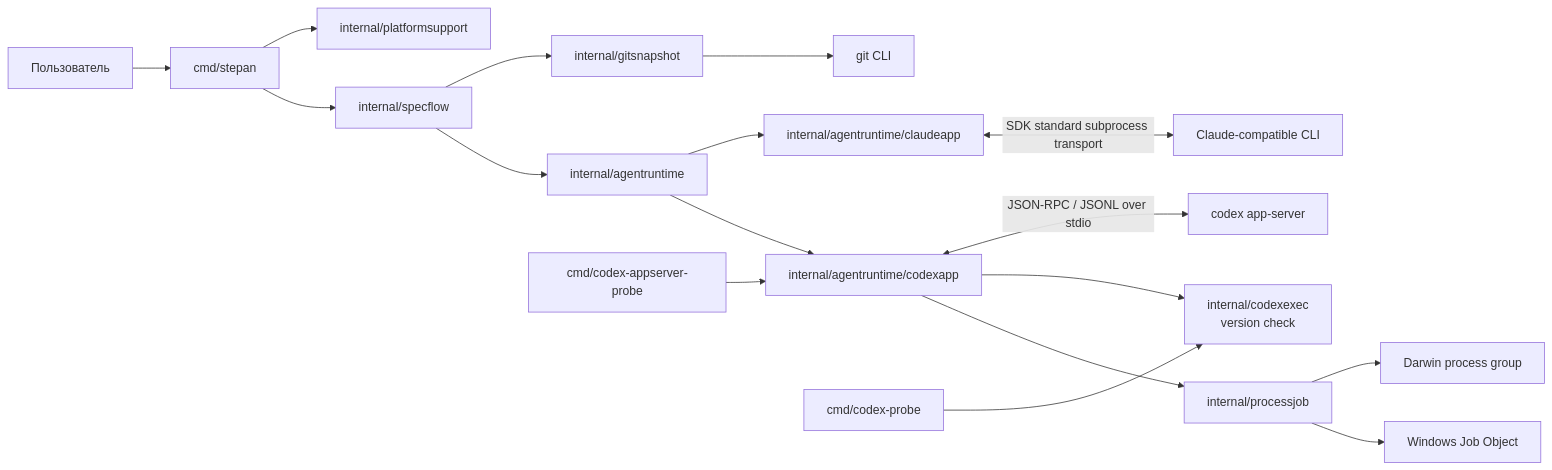
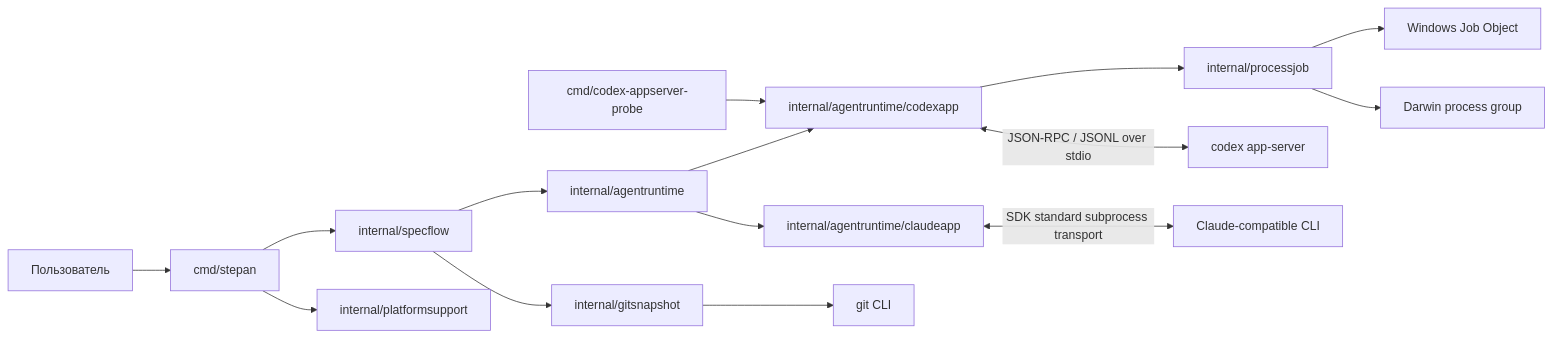
One commit to AndrMoiseev/stepan changed the first of 2 diagrams in docs/adr/0002-current-stack-and-architecture.md. Above: the diagram before and after it, drawn with Mermaid. The commit also changed other lines of this file and 30 other files, not shown here.

````diff
--- a/docs/adr/0002-current-stack-and-architecture.md
+++ b/docs/adr/0002-current-stack-and-architecture.md
@@ -43,20 +43,18 @@
 ```mermaid
 flowchart LR
     User[Пользователь] --> CLI[cmd/stepan]
     CLI --> Flow[internal/specflow]
     Flow --> Contract[internal/agentruntime]
     Contract --> App[internal/agentruntime/codexapp]
     Contract --> Claude[internal/agentruntime/claudeapp]
     Flow --> Git[internal/gitsnapshot]
     App --> Job[internal/processjob]
     CLI --> Platform[internal/platformsupport]
-    App --> Legacy[internal/codexexec\nversion check]
     App <-->|JSON-RPC / JSONL over stdio| Codex[codex app-server]
     Claude <-->|SDK standard subprocess transport| ClaudeCLI[Claude-compatible CLI]
     Git --> GitCLI[git CLI]
     Job --> Win[Windows Job Object]
     Job --> Mac[Darwin process group]
 
     Probe1[cmd/codex-appserver-probe] --> App
-    Probe2[cmd/codex-probe] --> Legacy
 ```
````
